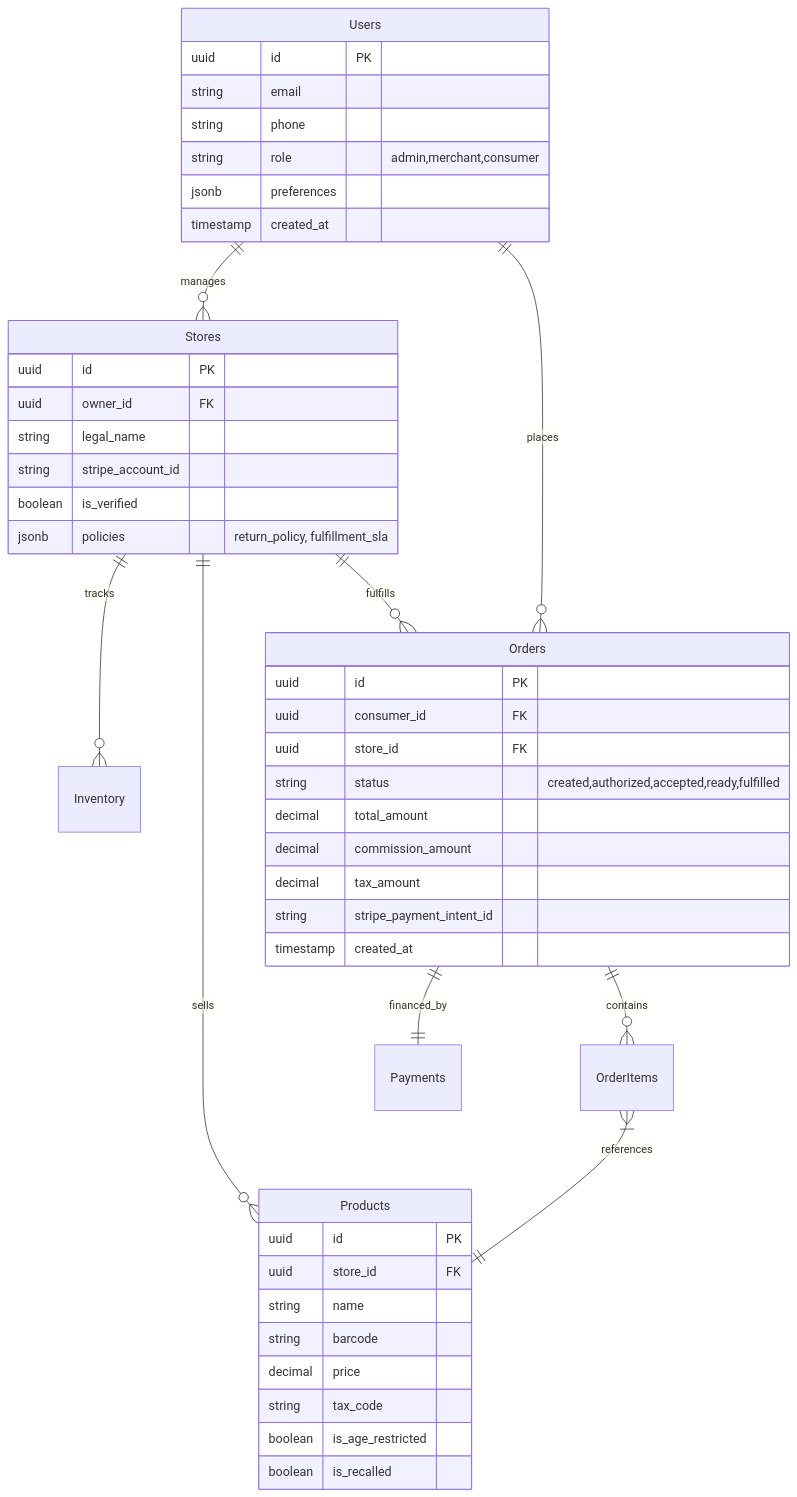
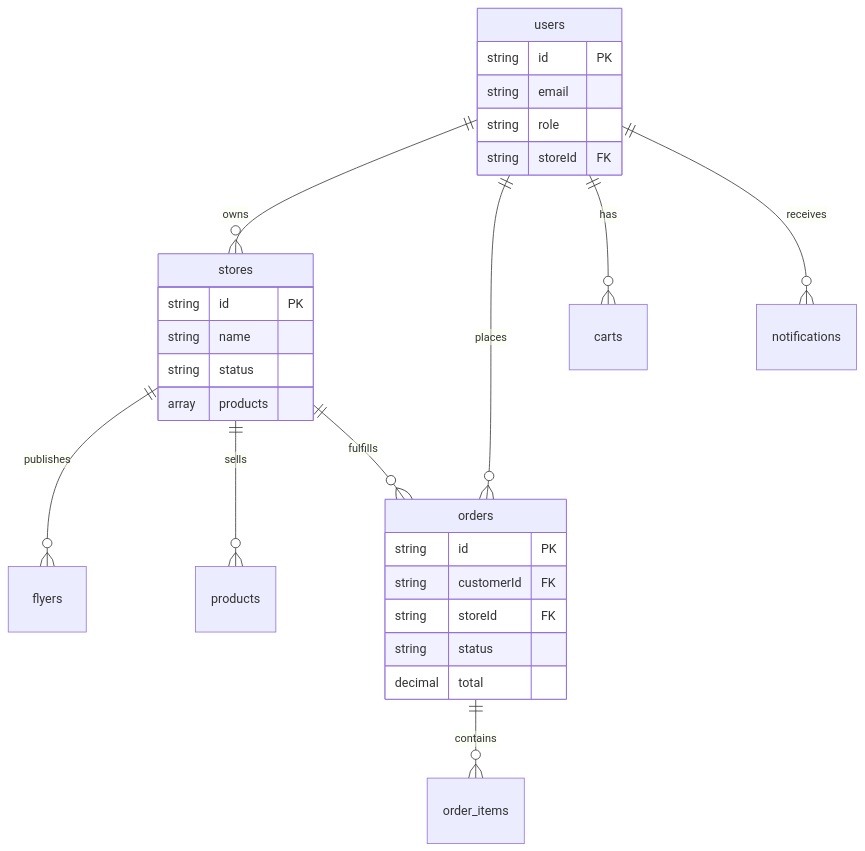
One commit to spendigo-admin/spendigo-v1-relational_db changed the diagram in docs/SCHEMA.md. Above: the diagram before and after it, drawn with Mermaid. The commit also changed other lines of this file and 3 other files, not shown here.

````diff
--- a/docs/SCHEMA.md
+++ b/docs/SCHEMA.md
@@ -4,52 +371,33 @@
 ```mermaid
 erDiagram
-    Users ||--o{ Stores : manages
-    Stores ||--o{ Products : sells
-    Stores ||--o{ Inventory : tracks
-    Stores ||--o{ Orders : fulfills
-    Users ||--o{ Orders : places
-    Orders ||--o{ OrderItems : contains
-    OrderItems }|--|| Products : references
-    Orders ||--|| Payments : financed_by
-
-    Users {
-        uuid id PK
+    users ||--o{ stores : owns
+    stores ||--o{ flyers : publishes
+    stores ||--o{ products : sells
+    users ||--o{ orders : places
+    stores ||--o{ orders : fulfills
+    orders ||--o{ order_items : contains
+    users ||--o{ carts : has
+    users ||--o{ notifications : receives
+    
+    users {
+        string id PK
         string email
-        string phone
-        string role "admin,merchant,consumer"
-        jsonb preferences
-        timestamp created_at
+        string role
+        string storeId FK
     }
-
-    Stores {
-        uuid id PK
-        uuid owner_id FK
-        string legal_name
-        string stripe_account_id
-        boolean is_verified
-        jsonb policies "return_policy, fulfillment_sla"
+    
+    stores {
+        string id PK
+        string name
+        string status
+        array products
     }
-
-    Products {
-        uuid id PK
-        uuid store_id FK
-        string name
-        string barcode
-        decimal price
-        string tax_code
-        boolean is_age_restricted
-        boolean is_recalled
-    }
-
-    Orders {
-        uuid id PK
-        uuid consumer_id FK
-        uuid store_id FK
-        string status "created,authorized,accepted,ready,fulfilled"
-        decimal total_amount
-        decimal commission_amount
-        decimal tax_amount
-        string stripe_payment_intent_id
-        timestamp created_at
+    
+    orders {
+        string id PK
+        string customerId FK
+        string storeId FK
+        string status
+        decimal total
     }
 ```
````
